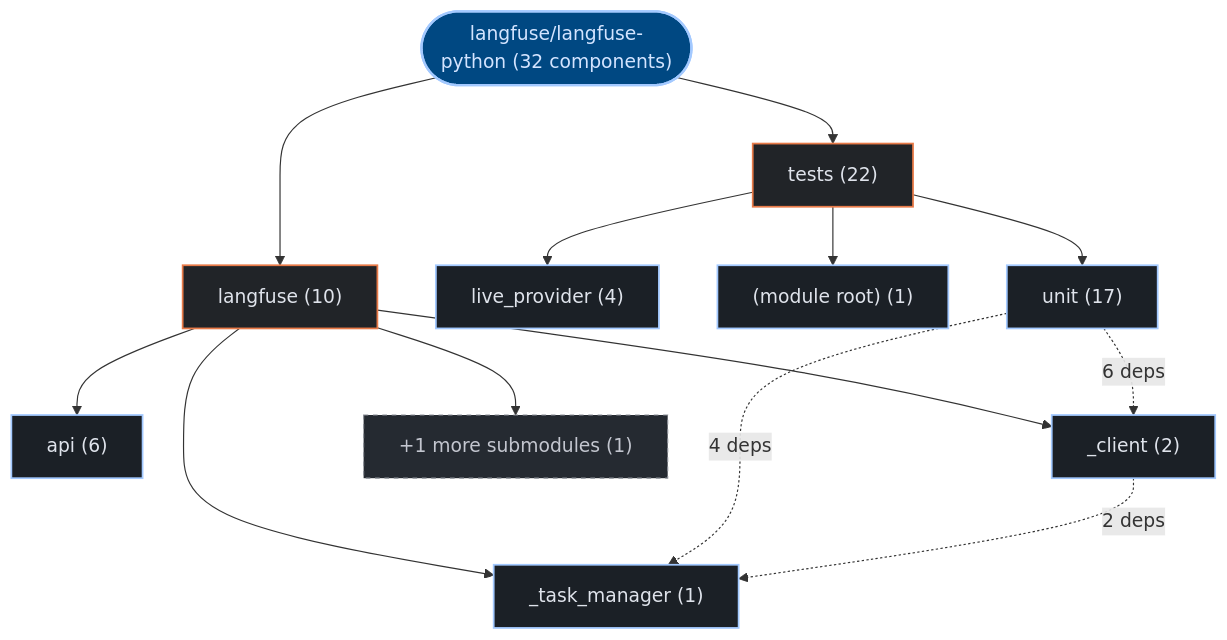
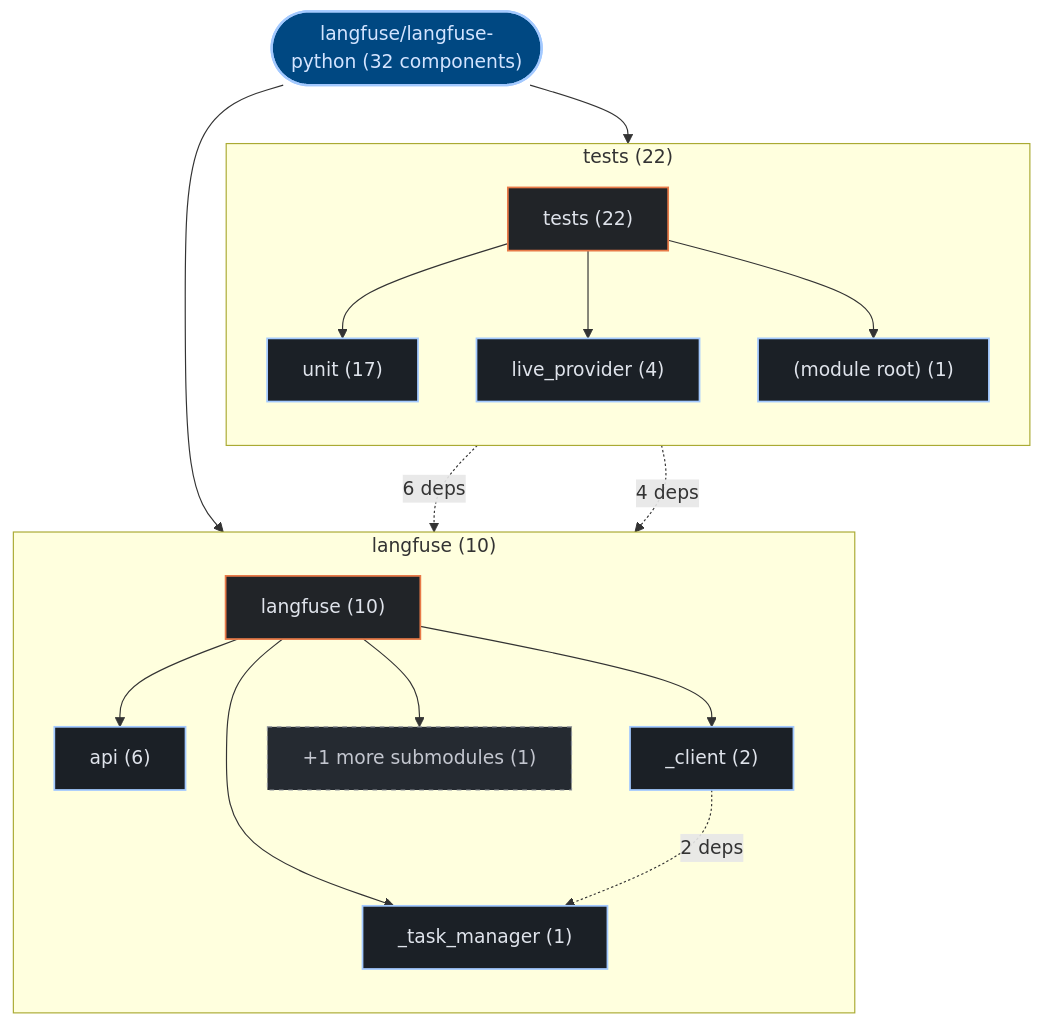
Before and after one commit to kumarshaz/atruss-code-atlas: the first of 3 diagrams in exports/latest/reports/langfuse-langfuse-python-report.md, drawn with Mermaid. The commit also changed 178 other files, not shown here.

Commit message:
feat(ui,mermaid): upgrade to mermaid v12 + ELK layout, add orgs-summary + pagination, subgraph building blocks, fix tab alignment

````diff
--- a/exports/latest/reports/langfuse-langfuse-python-report.md
+++ b/exports/latest/reports/langfuse-langfuse-python-report.md
@@ -42,32 +42,38 @@
 ```mermaid
 graph TD;
   classDef atlasRoot fill:#004882,stroke:#a3c9ff,stroke-width:2px,color:#d3e4ff
   classDef atlasCategory fill:#212428,stroke:#E87A48,stroke-width:1.5px,color:#dfe3eb
   classDef atlasWorkflow fill:#1b2026,stroke:#a3c9ff,stroke-width:1.5px,color:#dfe3eb
   classDef atlasJob fill:#171c22,stroke:#8d9199,stroke-width:1px,color:#dfe3eb
   classDef atlasTarget fill:#005227,stroke:#8bd99b,stroke-width:1.5px,color:#a7f6b6
   classDef atlasAlert fill:#93000a,stroke:#ffb4ab,stroke-width:1.5px,color:#ffdad6
   classDef atlasMore fill:#252a31,stroke:#8d9199,stroke-dasharray:4 4,color:#c3c6cf
     repo_root(["langfuse/langfuse-python (32 components)"]):::atlasRoot
-    dir_0_tests["tests (22)"]:::atlasCategory
+    subgraph sg_dir_0_tests["tests (22)"]
+      direction TB
+      dir_0_tests["tests (22)"]:::atlasCategory
+      sub_0_0_unit["unit (17)"]:::atlasWorkflow
+      dir_0_tests --> sub_0_0_unit
+      sub_0_1_live_provider["live_provider (4)"]:::atlasWorkflow
+      dir_0_tests --> sub_0_1_live_provider
+      sub_0_2__module_root_["(module root) (1)"]:::atlasWorkflow
+      dir_0_tests --> sub_0_2__module_root_
+    end
     repo_root --> dir_0_tests
-    sub_0_0_unit["unit (17)"]:::atlasWorkflow
-    dir_0_tests --> sub_0_0_unit
-    sub_0_1_live_provider["live_provider (4)"]:::atlasWorkflow
-    dir_0_tests --> sub_0_1_live_provider
-    sub_0_2__module_root_["(module root) (1)"]:::atlasWorkflow
-    dir_0_tests --> sub_0_2__module_root_
-    dir_1_langfuse["langfuse (10)"]:::atlasCategory
+    subgraph sg_dir_1_langfuse["langfuse (10)"]
+      direction TB
+      dir_1_langfuse["langfuse (10)"]:::atlasCategory
+      sub_1_0_api["api (6)"]:::atlasWorkflow
+      dir_1_langfuse --> sub_1_0_api
+      sub_1_1__client["_client (2)"]:::atlasWorkflow
+      dir_1_langfuse --> sub_1_1__client
+      sub_1_2__task_manager["_task_manager (1)"]:::atlasWorkflow
+      dir_1_langfuse --> sub_1_2__task_manager
+      sub_1_more["+1 more submodules (1)"]:::atlasMore
+      dir_1_langfuse --> sub_1_more
+    end
     repo_root --> dir_1_langfuse
-    sub_1_0_api["api (6)"]:::atlasWorkflow
-    dir_1_langfuse --> sub_1_0_api
-    sub_1_1__client["_client (2)"]:::atlasWorkflow
-    dir_1_langfuse --> sub_1_1__client
-    sub_1_2__task_manager["_task_manager (1)"]:::atlasWorkflow
-    dir_1_langfuse --> sub_1_2__task_manager
-    sub_1_more["+1 more submodules (1)"]:::atlasMore
-    dir_1_langfuse --> sub_1_more
     sub_0_0_unit -.->|"6 deps"| sub_1_1__client
     sub_0_0_unit -.->|"4 deps"| sub_1_2__task_manager
     sub_1_1__client -.->|"2 deps"| sub_1_2__task_manager
 ```
````
